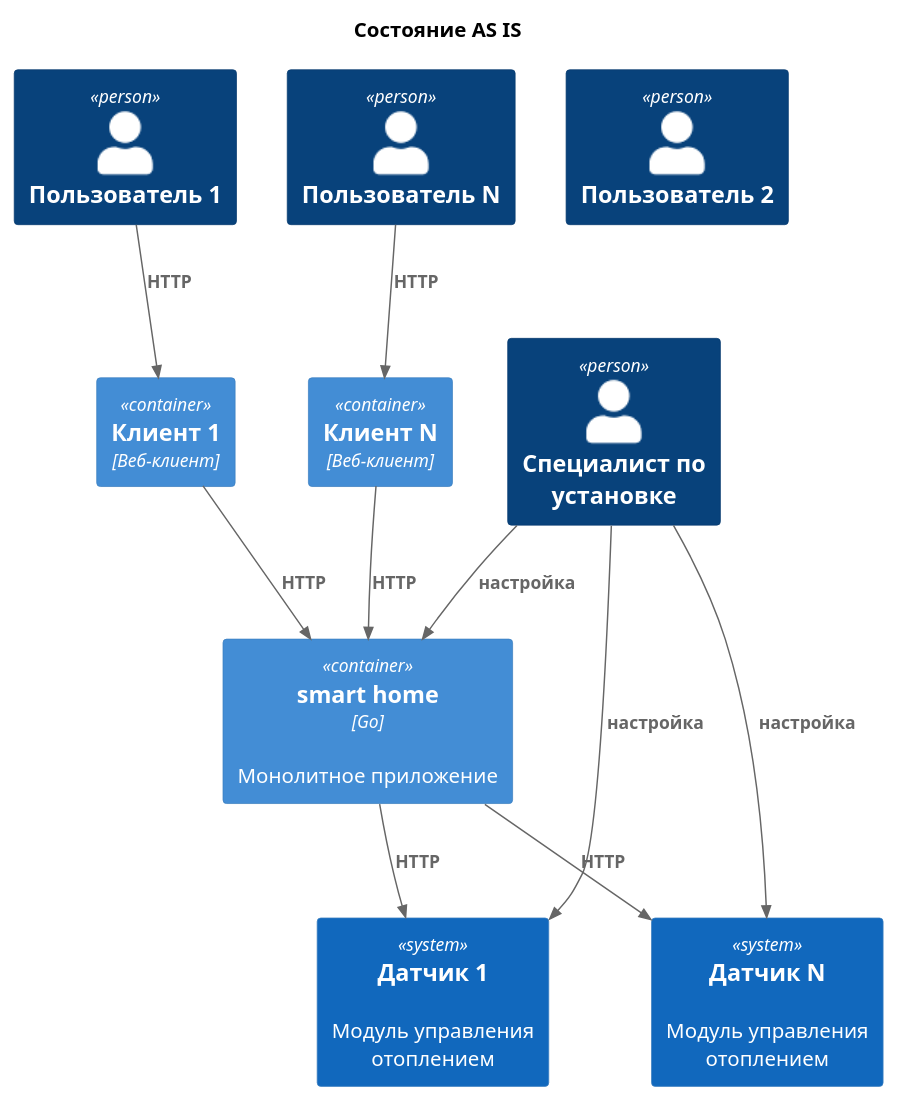
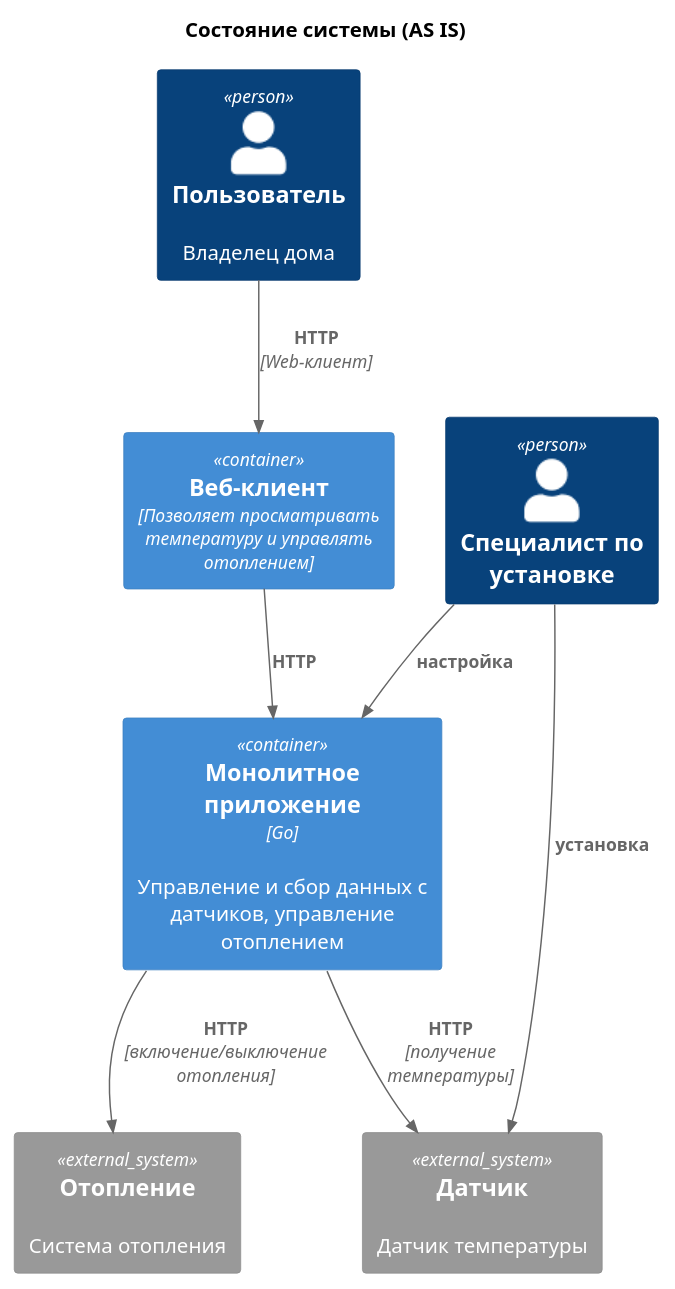
Before and after one commit to shcherbinadmitry/architecture-pro-warmhouse: the diagram in diagrams/context/context_diagram.puml, drawn with PlantUML. The commit also changed 1 other file, not shown here.

Commit message:
(task-01): improve context diagram

```diff
--- a/diagrams/context/context_diagram.puml
+++ b/diagrams/context/context_diagram.puml
@@ -1,31 +1,20 @@
 @startuml C4_Elements
 !include https://raw.githubusercontent.com/plantuml-stdlib/C4-PlantUML/master/C4_Container.puml
 
-title Состояние AS IS
+title Состояние системы (AS IS)
 
-Person(personAlias1, "Пользователь 1", "")
-Person(personAlias2, "Пользователь 2", "")
-Person(personAlias3, "Пользователь N", "")
-
+Person(person, "Пользователь", "Владелец дома")
 Person(engineer, "Специалист по установке")
 
-Container(clientContainerAlias1, "Клиент 1", "Веб-клиент")
-Container(clientContainerAlias2, "Клиент N", "Веб-клиент")
-Container(systemAlias, "smart home", "Go", "Монолитное приложение")
-System(sensorAlias1, "Датчик 1", "Модуль управления отоплением")
-System(sensorAlias2, "Датчик N", "Модуль управления отоплением")
+Container(webclient, "Веб-клиент", "Позволяет просматривать температуру и управлять отоплением")
+Container(monolith, "Монолитное приложение", "Go", "Управление и сбор данных с датчиков, управление отоплением")
+System_Ext(sensor, "Датчик", "Датчик температуры")
+System_Ext(heater, "Отопление", "Система отопления")
 
-
-Rel(personAlias1, clientContainerAlias1, "HTTP")
-Rel(personAlias3, clientContainerAlias2, "HTTP")
-
-Rel(clientContainerAlias1, systemAlias, "HTTP")
-Rel(clientContainerAlias2, systemAlias, "HTTP")
-
-Rel(systemAlias, sensorAlias1, "HTTP")
-Rel(systemAlias, sensorAlias2, "HTTP")
-
-Rel(engineer, systemAlias, "настройка")
-Rel(engineer, sensorAlias1, "настройка")
-Rel(engineer, sensorAlias2, "настройка")
+Rel(person, webclient, "HTTP", "Web-клиент")
+Rel(webclient, monolith, "HTTP")
+Rel(monolith, sensor, "HTTP", "получение температуры")
+Rel(monolith, heater, "HTTP", "включение/выключение отопления")
+Rel(engineer, monolith, "настройка")
+Rel(engineer, sensor, "установка")
 @enduml
```
